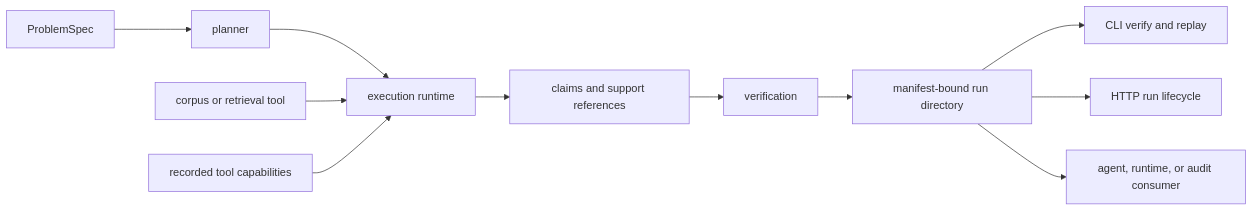
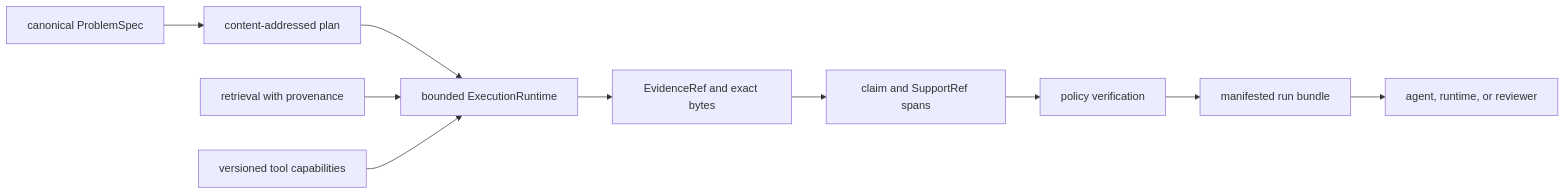
One commit to bijux/bijux-canon changed the first of 2 diagrams in docs/04-bijux-canon-reason/architecture/integration-seams.md. Above: the diagram before and after it, drawn with Mermaid. The commit also changed other lines of this file and 1 other file, not shown here.

Commit message:
docs(reason): define evidence custody contracts

````diff
--- a/docs/04-bijux-canon-reason/architecture/integration-seams.md
+++ b/docs/04-bijux-canon-reason/architecture/integration-seams.md
@@ -18,13 +20,12 @@
 ```mermaid
 flowchart LR
-    caller["ProblemSpec"] --> plan["planner"]
-    plan --> executor["execution runtime"]
-    retrieval["corpus or retrieval tool"] --> executor
-    tools["recorded tool capabilities"] --> executor
-    executor --> claims["claims and support references"]
-    claims --> verify["verification"]
-    verify --> bundle["manifest-bound run directory"]
-    bundle --> cli["CLI verify and replay"]
-    bundle --> api["HTTP run lifecycle"]
-    bundle --> downstream["agent, runtime, or audit consumer"]
+    caller["canonical ProblemSpec"] --> plan["content-addressed plan"]
+    plan --> runtime["bounded ExecutionRuntime"]
+    retrieval["retrieval with provenance"] --> runtime
+    tools["versioned tool capabilities"] --> runtime
+    runtime --> evidence["EvidenceRef and exact bytes"]
+    evidence --> claim["claim and SupportRef spans"]
+    claim --> verify["policy verification"]
+    verify --> bundle["manifested run bundle"]
+    bundle --> consumer["agent, runtime, or reviewer"]
 ```
````
